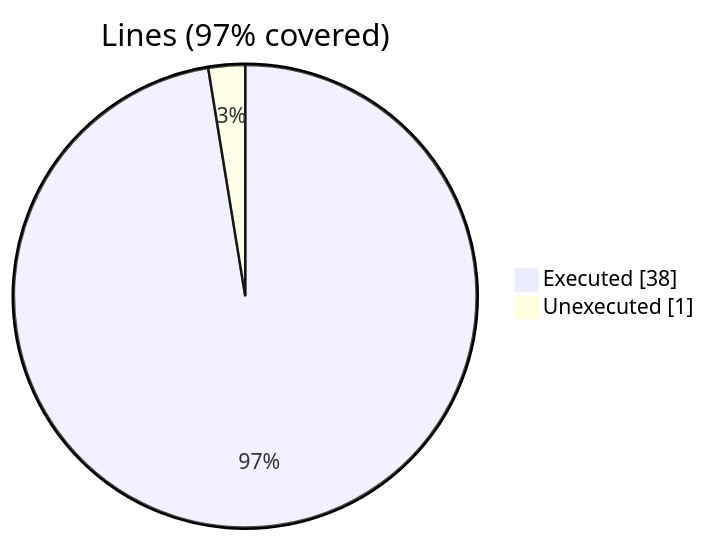
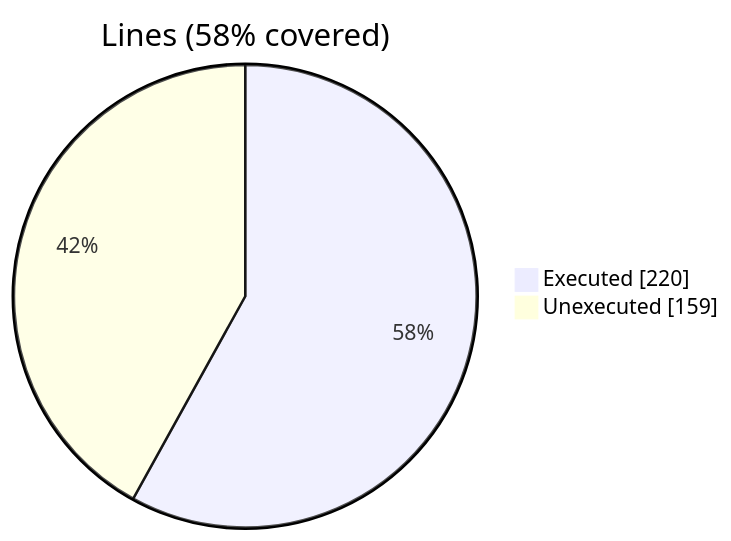
Before and after one commit to szaghi/FiNeR: the fifth of 6 diagrams in docs/guide/coverage-analysis.md, drawn with Mermaid. The commit also changed other lines of this file and 10 other files, not shown here.

````diff
--- a/docs/guide/coverage-analysis.md
+++ b/docs/guide/coverage-analysis.md
@@ -74,6 +74,6 @@
 ```mermaid
 pie showData
-    title Lines (97% covered)
-    "Executed" : 38
-    "Unexecuted" : 1
+    title Lines (58% covered)
+    "Executed" : 220
+    "Unexecuted" : 159
 ```
````
